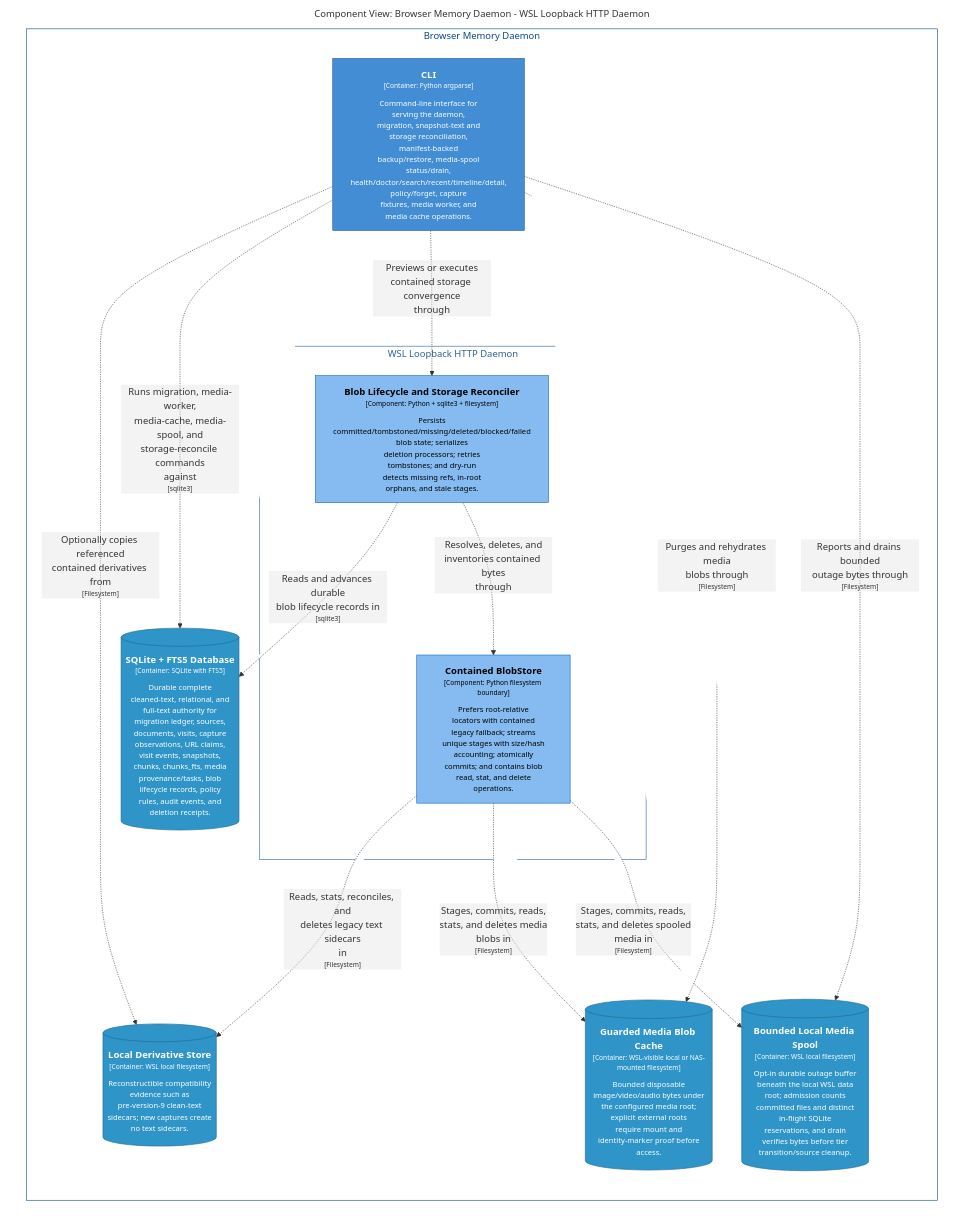
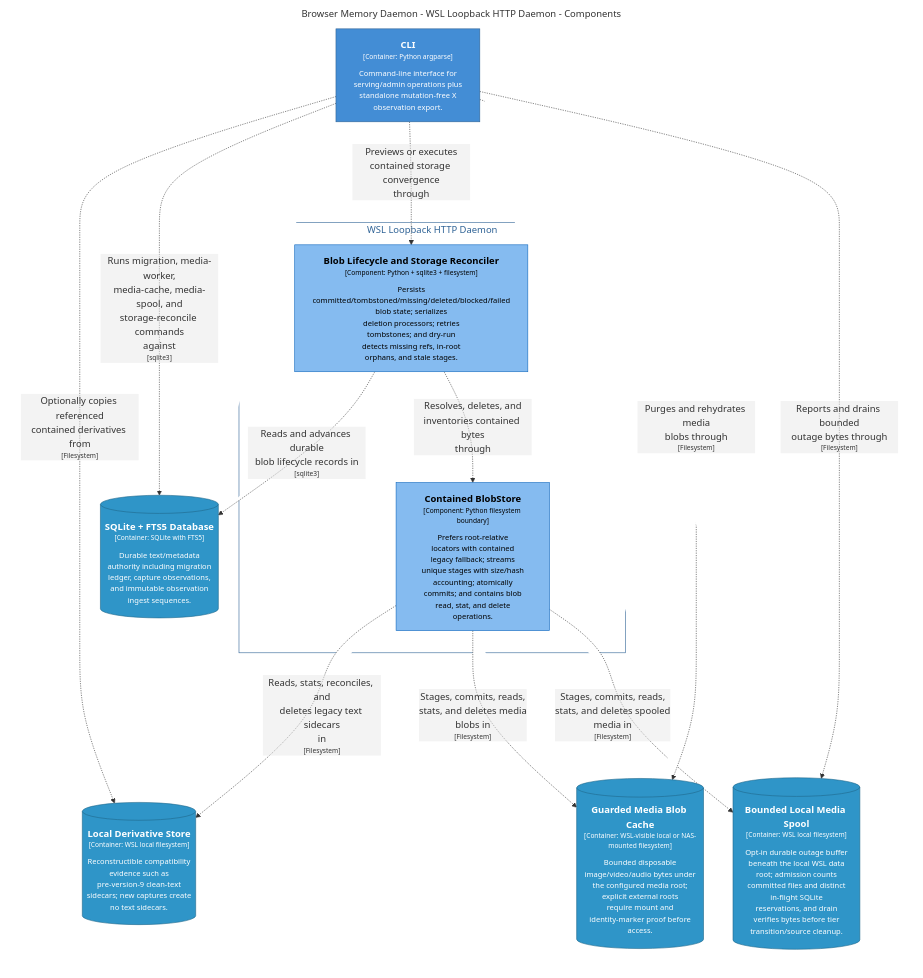
Before and after one commit to michaelnicks0/browser-memory-daemon: the diagram in docs/architecture/diagrams/markdown/DaemonStorageReconcileComponents.md, drawn with Mermaid. The commit also changed 331 other files, not shown here.

Commit message:
docs: refresh architecture and publish surfaces

````diff
--- a/docs/architecture/diagrams/markdown/DaemonStorageReconcileComponents.md
+++ b/docs/architecture/diagrams/markdown/DaemonStorageReconcileComponents.md
@@ -16,44 +16,39 @@
 ```mermaid
 graph LR
   linkStyle default fill:#ffffff
 
-  subgraph diagram ["Component View: Browser Memory Daemon - WSL Loopback HTTP Daemon"]
+  subgraph diagram ["Browser Memory Daemon - WSL Loopback HTTP Daemon - Components"]
     style diagram fill:#ffffff,stroke:#ffffff
 
-    subgraph 4 ["Browser Memory Daemon"]
-      style 4 fill:#ffffff,stroke:#0b4884,color:#0b4884
+    47["<div style='font-weight: bold'>CLI</div><div style='font-size: 70%; margin-top: 0px'>[Container: Python argparse]</div><div style='font-size: 80%; margin-top:10px'>Command-line interface for<br />serving/admin operations plus<br />standalone mutation-free X<br />observation export.</div>"]
+    style 47 fill:#438dd5,stroke:#2e6295,color:#ffffff
+    49[("<div style='font-weight: bold'>SQLite + FTS5 Database</div><div style='font-size: 70%; margin-top: 0px'>[Container: SQLite with FTS5]</div><div style='font-size: 80%; margin-top:10px'>Durable text/metadata<br />authority including migration<br />ledger, capture observations,<br />and immutable observation<br />ingest sequences.</div>")]
+    style 49 fill:#2f95c8,stroke:#20688c,color:#ffffff
+    50[("<div style='font-weight: bold'>Local Derivative Store</div><div style='font-size: 70%; margin-top: 0px'>[Container: WSL local filesystem]</div><div style='font-size: 80%; margin-top:10px'>Reconstructible compatibility<br />evidence such as<br />pre-version-9 clean-text<br />sidecars; new captures create<br />no text sidecars.</div>")]
+    style 50 fill:#2f95c8,stroke:#20688c,color:#ffffff
+    51[("<div style='font-weight: bold'>Guarded Media Blob Cache</div><div style='font-size: 70%; margin-top: 0px'>[Container: WSL-visible local or NAS-mounted filesystem]</div><div style='font-size: 80%; margin-top:10px'>Bounded disposable<br />image/video/audio bytes under<br />the configured media root;<br />explicit external roots<br />require mount and<br />identity-marker proof before<br />access.</div>")]
+    style 51 fill:#2f95c8,stroke:#20688c,color:#ffffff
+    52[("<div style='font-weight: bold'>Bounded Local Media Spool</div><div style='font-size: 70%; margin-top: 0px'>[Container: WSL local filesystem]</div><div style='font-size: 80%; margin-top:10px'>Opt-in durable outage buffer<br />beneath the local WSL data<br />root; admission counts<br />committed files and distinct<br />in-flight SQLite<br />reservations, and drain<br />verifies bytes before tier<br />transition/source cleanup.</div>")]
+    style 52 fill:#2f95c8,stroke:#20688c,color:#ffffff
 
-      subgraph 22 ["WSL Loopback HTTP Daemon"]
-        style 22 fill:#ffffff,stroke:#2e6295,color:#2e6295
+    subgraph 22 ["WSL Loopback HTTP Daemon"]
+      style 22 fill:#ffffff,stroke:#2e6295,color:#2e6295
 
-        39["<div style='font-weight: bold'>Contained BlobStore</div><div style='font-size: 70%; margin-top: 0px'>[Component: Python filesystem boundary]</div><div style='font-size: 80%; margin-top:10px'>Prefers root-relative<br />locators with contained<br />legacy fallback; streams<br />unique stages with size/hash<br />accounting; atomically<br />commits; and contains blob<br />read, stat, and delete<br />operations.</div>"]
-        style 39 fill:#85bbf0,stroke:#1168bd,color:#000000
-        40["<div style='font-weight: bold'>Blob Lifecycle and Storage Reconciler</div><div style='font-size: 70%; margin-top: 0px'>[Component: Python + sqlite3 + filesystem]</div><div style='font-size: 80%; margin-top:10px'>Persists<br />committed/tombstoned/missing/deleted/blocked/failed<br />blob state; serializes<br />deletion processors; retries<br />tombstones; and dry-run<br />detects missing refs, in-root<br />orphans, and stale stages.</div>"]
-        style 40 fill:#85bbf0,stroke:#1168bd,color:#000000
-      end
-
-      46["<div style='font-weight: bold'>CLI</div><div style='font-size: 70%; margin-top: 0px'>[Container: Python argparse]</div><div style='font-size: 80%; margin-top:10px'>Command-line interface for<br />serving the daemon,<br />migration, snapshot-text and<br />storage reconciliation,<br />manifest-backed<br />backup/restore, media-spool<br />status/drain,<br />health/doctor/search/recent/timeline/detail,<br />policy/forget, capture<br />fixtures, media worker, and<br />media cache operations.</div>"]
-      style 46 fill:#438dd5,stroke:#2e6295,color:#ffffff
-      48[("<div style='font-weight: bold'>SQLite + FTS5 Database</div><div style='font-size: 70%; margin-top: 0px'>[Container: SQLite with FTS5]</div><div style='font-size: 80%; margin-top:10px'>Durable complete<br />cleaned-text, relational, and<br />full-text authority for<br />migration ledger, sources,<br />documents, visits, capture<br />observations, URL claims,<br />visit events, snapshots,<br />chunks, chunks_fts, media<br />provenance/tasks, blob<br />lifecycle records, policy<br />rules, audit events, and<br />deletion receipts.</div>")]
-      style 48 fill:#2f95c8,stroke:#20688c,color:#ffffff
-      49[("<div style='font-weight: bold'>Local Derivative Store</div><div style='font-size: 70%; margin-top: 0px'>[Container: WSL local filesystem]</div><div style='font-size: 80%; margin-top:10px'>Reconstructible compatibility<br />evidence such as<br />pre-version-9 clean-text<br />sidecars; new captures create<br />no text sidecars.</div>")]
-      style 49 fill:#2f95c8,stroke:#20688c,color:#ffffff
-      50[("<div style='font-weight: bold'>Guarded Media Blob Cache</div><div style='font-size: 70%; margin-top: 0px'>[Container: WSL-visible local or NAS-mounted filesystem]</div><div style='font-size: 80%; margin-top:10px'>Bounded disposable<br />image/video/audio bytes under<br />the configured media root;<br />explicit external roots<br />require mount and<br />identity-marker proof before<br />access.</div>")]
-      style 50 fill:#2f95c8,stroke:#20688c,color:#ffffff
-      51[("<div style='font-weight: bold'>Bounded Local Media Spool</div><div style='font-size: 70%; margin-top: 0px'>[Container: WSL local filesystem]</div><div style='font-size: 80%; margin-top:10px'>Opt-in durable outage buffer<br />beneath the local WSL data<br />root; admission counts<br />committed files and distinct<br />in-flight SQLite<br />reservations, and drain<br />verifies bytes before tier<br />transition/source cleanup.</div>")]
-      style 51 fill:#2f95c8,stroke:#20688c,color:#ffffff
+      39["<div style='font-weight: bold'>Contained BlobStore</div><div style='font-size: 70%; margin-top: 0px'>[Component: Python filesystem boundary]</div><div style='font-size: 80%; margin-top:10px'>Prefers root-relative<br />locators with contained<br />legacy fallback; streams<br />unique stages with size/hash<br />accounting; atomically<br />commits; and contains blob<br />read, stat, and delete<br />operations.</div>"]
+      style 39 fill:#85bbf0,stroke:#1168bd,color:#000000
+      40["<div style='font-weight: bold'>Blob Lifecycle and Storage Reconciler</div><div style='font-size: 70%; margin-top: 0px'>[Component: Python + sqlite3 + filesystem]</div><div style='font-size: 80%; margin-top:10px'>Persists<br />committed/tombstoned/missing/deleted/blocked/failed<br />blob state; serializes<br />deletion processors; retries<br />tombstones; and dry-run<br />detects missing refs, in-root<br />orphans, and stale stages.</div>"]
+      style 40 fill:#85bbf0,stroke:#1168bd,color:#000000
     end
 
-    40-. "<div>Reads and advances durable<br />blob lifecycle records in</div><div style='font-size: 70%'>[sqlite3]</div>" .->48
+    40-. "<div>Reads and advances durable<br />blob lifecycle records in</div><div style='font-size: 70%'>[sqlite3]</div>" .->49
     40-. "<div>Resolves, deletes, and<br />inventories contained bytes<br />through</div><div style='font-size: 70%'></div>" .->39
-    39-. "<div>Reads, stats, reconciles, and<br />deletes legacy text sidecars<br />in</div><div style='font-size: 70%'>[Filesystem]</div>" .->49
-    39-. "<div>Stages, commits, reads,<br />stats, and deletes media<br />blobs in</div><div style='font-size: 70%'>[Filesystem]</div>" .->50
-    39-. "<div>Stages, commits, reads,<br />stats, and deletes spooled<br />media in</div><div style='font-size: 70%'>[Filesystem]</div>" .->51
-    46-. "<div>Optionally copies referenced<br />contained derivatives from</div><div style='font-size: 70%'>[Filesystem]</div>" .->49
-    46-. "<div>Runs migration, media-worker,<br />media-cache, media-spool, and<br />storage-reconcile commands<br />against</div><div style='font-size: 70%'>[sqlite3]</div>" .->48
-    46-. "<div>Previews or executes<br />contained storage convergence<br />through</div><div style='font-size: 70%'></div>" .->40
-    46-. "<div>Purges and rehydrates media<br />blobs through</div><div style='font-size: 70%'>[Filesystem]</div>" .->50
-    46-. "<div>Reports and drains bounded<br />outage bytes through</div><div style='font-size: 70%'>[Filesystem]</div>" .->51
-
+    39-. "<div>Reads, stats, reconciles, and<br />deletes legacy text sidecars<br />in</div><div style='font-size: 70%'>[Filesystem]</div>" .->50
+    39-. "<div>Stages, commits, reads,<br />stats, and deletes media<br />blobs in</div><div style='font-size: 70%'>[Filesystem]</div>" .->51
+    39-. "<div>Stages, commits, reads,<br />stats, and deletes spooled<br />media in</div><div style='font-size: 70%'>[Filesystem]</div>" .->52
+    47-. "<div>Optionally copies referenced<br />contained derivatives from</div><div style='font-size: 70%'>[Filesystem]</div>" .->50
+    47-. "<div>Runs migration, media-worker,<br />media-cache, media-spool, and<br />storage-reconcile commands<br />against</div><div style='font-size: 70%'>[sqlite3]</div>" .->49
+    47-. "<div>Previews or executes<br />contained storage convergence<br />through</div><div style='font-size: 70%'></div>" .->40
+    47-. "<div>Purges and rehydrates media<br />blobs through</div><div style='font-size: 70%'>[Filesystem]</div>" .->51
+    47-. "<div>Reports and drains bounded<br />outage bytes through</div><div style='font-size: 70%'>[Filesystem]</div>" .->52
   end
 ```
````
